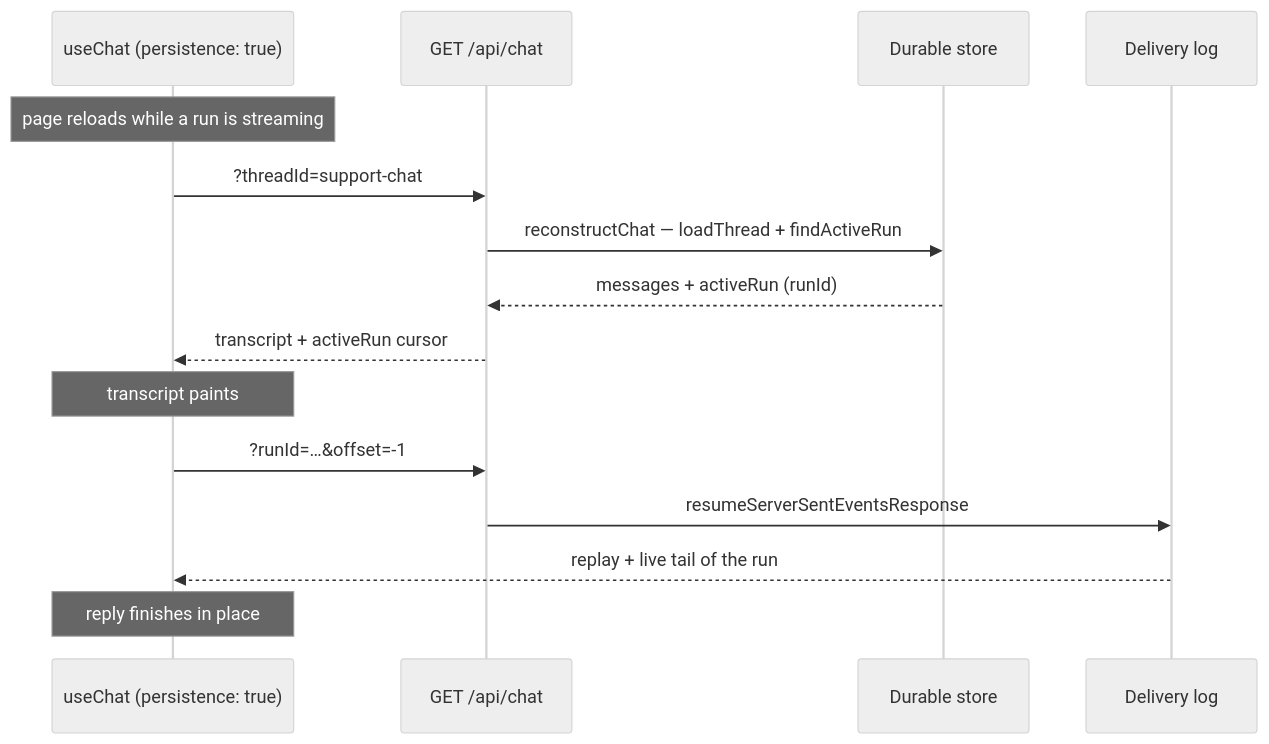
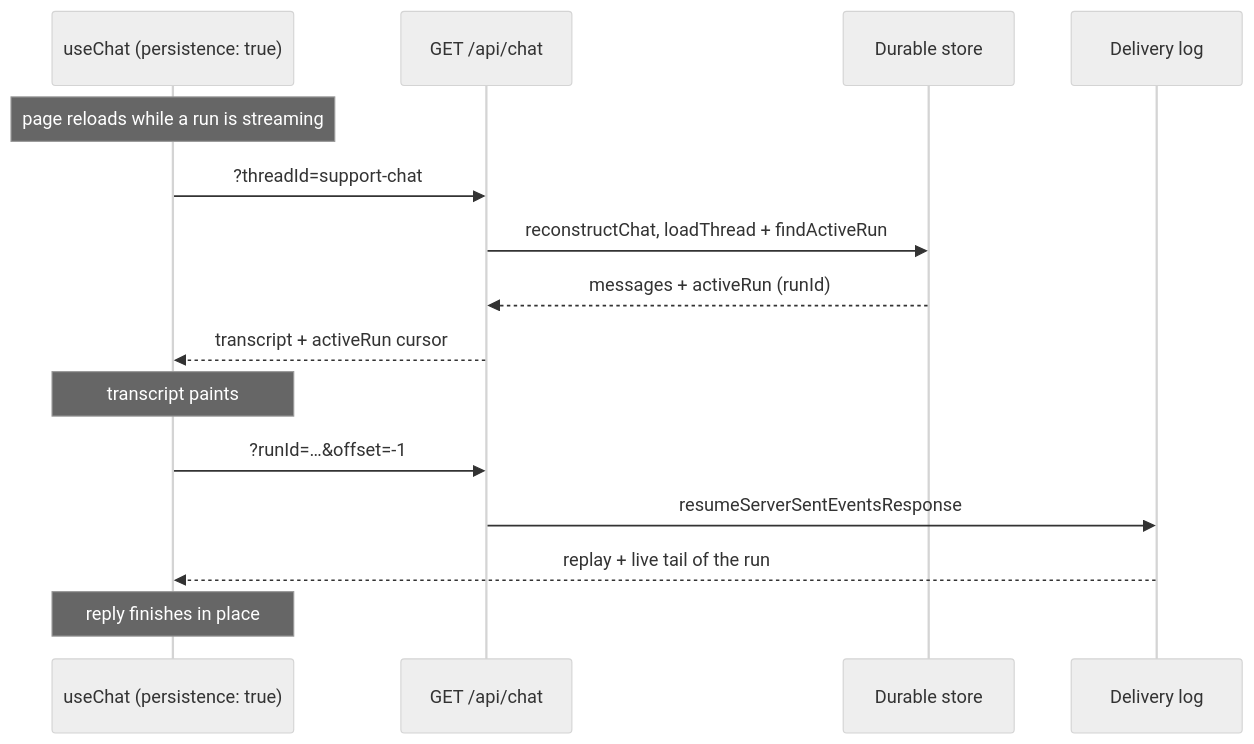
One commit to 8times4/ai changed the second of 2 diagrams in docs/persistence/overview.md. Above: the diagram before and after it, drawn with Mermaid (neutral theme). The commit also changed other lines of this file and 84 other files, not shown here.

````diff
--- a/docs/persistence/overview.md
+++ b/docs/persistence/overview.md
@@ -310,18 +310,18 @@
 ```mermaid
 sequenceDiagram
     participant Hook as useChat (persistence: true)
     participant Route as GET /api/chat
     participant Store as Durable store
     participant Log as Delivery log
 
     Note over Hook: page reloads while a run is streaming
     Hook->>Route: ?threadId=support-chat
-    Route->>Store: reconstructChat — loadThread + findActiveRun
+    Route->>Store: reconstructChat, loadThread + findActiveRun
     Store-->>Route: messages + activeRun (runId)
     Route-->>Hook: transcript + activeRun cursor
     Note over Hook: transcript paints
     Hook->>Route: ?runId=…&offset=-1
     Route->>Log: resumeServerSentEventsResponse
     Log-->>Hook: replay + live tail of the run
     Note over Hook: reply finishes in place
 ```
````
